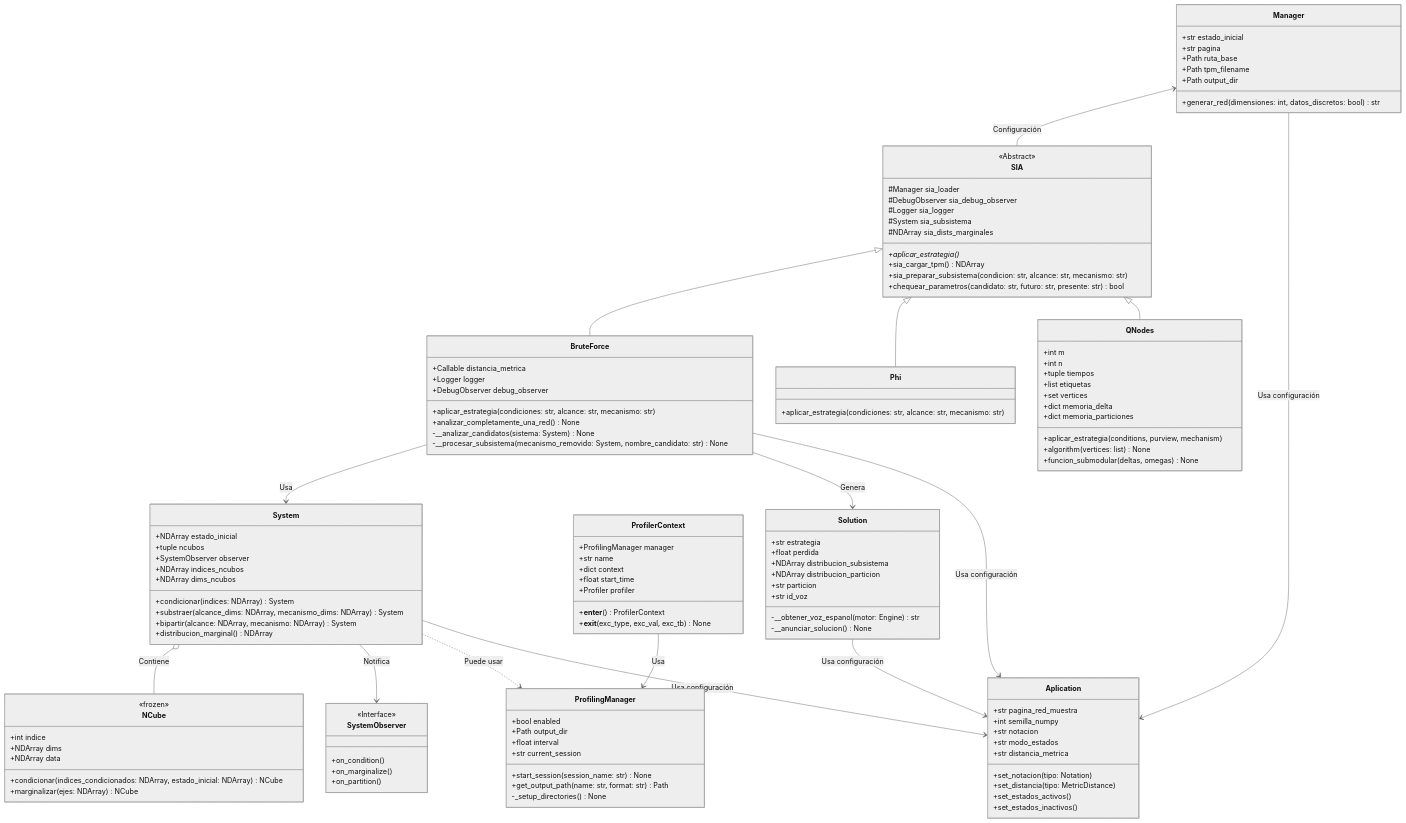
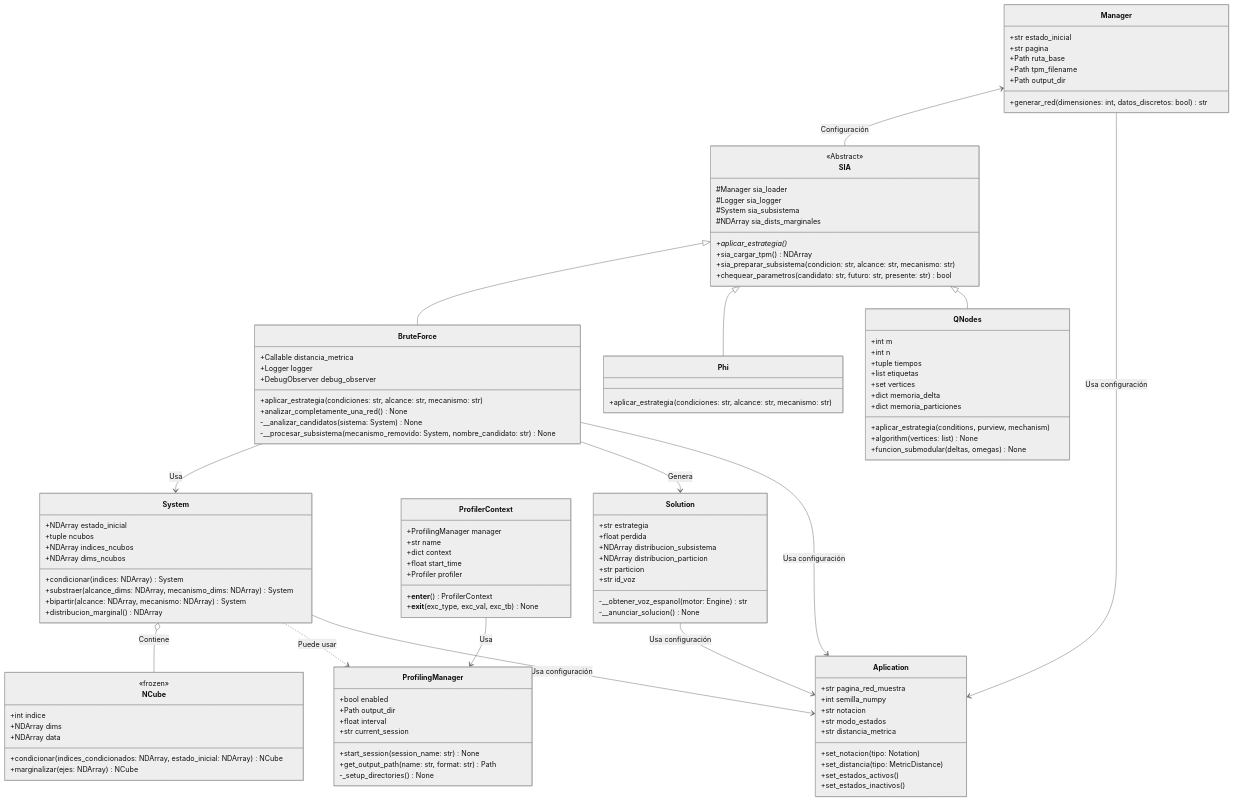
Before and after one commit to jpOsorno/Proyecto-2025A: the diagram in .docs/diagrams/classes.md, drawn with Mermaid (neutral theme). The commit also changed 9 other files, not shown here.

```diff
--- a/.docs/diagrams/classes.md
+++ b/.docs/diagrams/classes.md
@@ -81,7 +81,6 @@
     class SIA{
         <<Abstract>>
         #Manager sia_loader
-        #DebugObserver sia_debug_observer
         #Logger sia_logger
         #System sia_subsistema
         #NDArray sia_dists_marginales
@@ -122,7 +121,6 @@
     class System{
         +NDArray estado_inicial
         +tuple ncubos
-        +SystemObserver observer
         +NDArray indices_ncubos
         +NDArray dims_ncubos
         +condicionar(indices: NDArray) System
@@ -173,12 +171,6 @@
         +set_estados_inactivos()
     }
 
-    class SystemObserver{
-        <<Interface>>
-        +on_condition()
-        +on_marginalize()
-        +on_partition()
-    }
 
     %% Solución
     class Solution{
@@ -198,7 +190,6 @@
     SIA <|-- QNodes
     Manager <-- SIA: Configuración
     System o-- NCube: Contiene
-    System --> SystemObserver: Notifica
     BruteForce --> System: Usa
     BruteForce --> Solution: Genera
     ProfilerContext --> ProfilingManager: Usa
```
